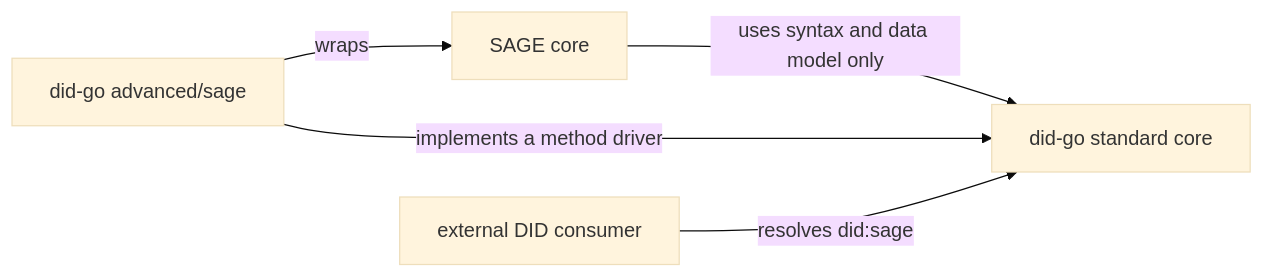
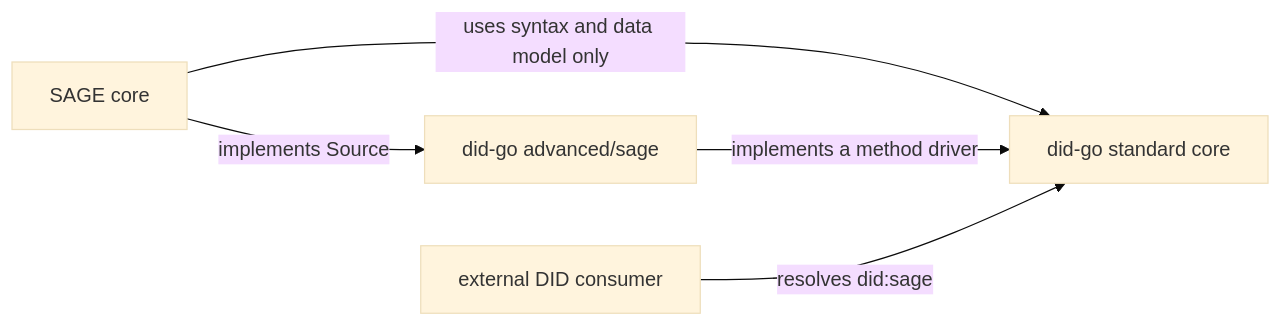
Before and after one commit to SAGE-X-project/did-go: the first of 2 diagrams in docs/12-standard-core-and-sage-extension.md, drawn with Mermaid (base theme). The commit also changed other lines of this file and 26 other files, not shown here.

First line of the commit message:
feat: add the advanced/sage module for did:sage resolution (#20)

````diff
--- a/docs/12-standard-core-and-sage-extension.md
+++ b/docs/12-standard-core-and-sage-extension.md
@@ -110,7 +119,7 @@
 ```mermaid
 flowchart LR
     SC[SAGE core] -->|uses syntax and data model only| ROOT[did-go standard core]
-    ADV[did-go advanced/sage] -->|wraps| SC
+    SC -->|implements Source| ADV[did-go advanced/sage]
     ADV -->|implements a method driver| ROOT
     EXT[external DID consumer] -->|resolves did:sage| ROOT
 ```
````
